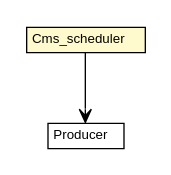
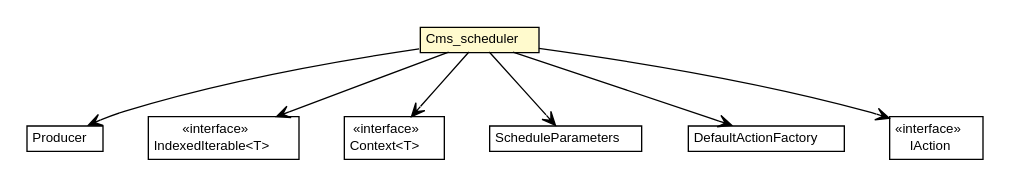
The diagram in docs/javadoc/cms/dynamics/Cms_scheduler.dot (gfgprojects/cms), drawn with Graphviz before and after one commit. The commit also changed 60 other files, not shown here.

```diff
--- a/docs/javadoc/cms/dynamics/Cms_scheduler.dot
+++ b/docs/javadoc/cms/dynamics/Cms_scheduler.dot
@@ -1,26 +1,69 @@
 #!/usr/local/bin/dot
 #
 # Class diagram 
 # Generated by UMLGraph version R5_7_2-32-g40b5a6 (http://www.spinellis.gr/umlgraph/)
 #
 
 digraph G {
 	edge [fontname="Helvetica",fontsize=10,labelfontname="Helvetica",labelfontsize=10];
 	node [fontname="Helvetica",fontsize=10,shape=plaintext];
 	nodesep=0.25;
 	ranksep=0.5;
 	// cms.agents.Producer
-	c105 [label=<<table title="cms.agents.Producer" border="0" cellborder="1" cellspacing="0" cellpadding="2" port="p" href="../agents/Producer.html" target="_parent">
+	c125 [label=<<table title="cms.agents.Producer" border="0" cellborder="1" cellspacing="0" cellpadding="2" port="p" href="../agents/Producer.html" target="_parent">
 		<tr><td><table border="0" cellspacing="0" cellpadding="1">
 <tr><td align="center" balign="center"> Producer </td></tr>
 		</table></td></tr>
 		</table>>, URL="../agents/Producer.html", fontname="Helvetica", fontcolor="black", fontsize=10.0];
 	// cms.dynamics.Cms_scheduler
-	c109 [label=<<table title="cms.dynamics.Cms_scheduler" border="0" cellborder="1" cellspacing="0" cellpadding="2" port="p" bgcolor="lemonChiffon" href="./Cms_scheduler.html" target="_parent">
+	c129 [label=<<table title="cms.dynamics.Cms_scheduler" border="0" cellborder="1" cellspacing="0" cellpadding="2" port="p" bgcolor="lemonChiffon" href="./Cms_scheduler.html" target="_parent">
 		<tr><td><table border="0" cellspacing="0" cellpadding="1">
 <tr><td align="center" balign="center"> Cms_scheduler </td></tr>
 		</table></td></tr>
 		</table>>, URL="./Cms_scheduler.html", fontname="Helvetica", fontcolor="black", fontsize=10.0];
+	// cms.dynamics.Cms_scheduler NAVASSOC repast.simphony.util.collections.IndexedIterable<T>
+	c129:p -> c136:p [taillabel="", label="", headlabel="", fontname="Helvetica", fontcolor="black", fontsize=10.0, color="black", arrowhead=open];
+	// cms.dynamics.Cms_scheduler NAVASSOC repast.simphony.context.Context<T>
+	c129:p -> c137:p [taillabel="", label="", headlabel="", fontname="Helvetica", fontcolor="black", fontsize=10.0, color="black", arrowhead=open];
+	// cms.dynamics.Cms_scheduler NAVASSOC repast.simphony.engine.schedule.ScheduleParameters
+	c129:p -> c140:p [taillabel="", label="", headlabel="", fontname="Helvetica", fontcolor="black", fontsize=10.0, color="black", arrowhead=open];
+	// cms.dynamics.Cms_scheduler NAVASSOC repast.simphony.engine.schedule.DefaultActionFactory
+	c129:p -> c142:p [taillabel="", label="", headlabel="", fontname="Helvetica", fontcolor="black", fontsize=10.0, color="black", arrowhead=open];
+	// cms.dynamics.Cms_scheduler NAVASSOC repast.simphony.engine.schedule.IAction
+	c129:p -> c143:p [taillabel="", label="", headlabel="", fontname="Helvetica", fontcolor="black", fontsize=10.0, color="black", arrowhead=open];
 	// cms.dynamics.Cms_scheduler NAVASSOC cms.agents.Producer
-	c109:p -> c105:p [taillabel="", label="", headlabel="", fontname="Helvetica", fontcolor="black", fontsize=10.0, color="black", arrowhead=open];
+	c129:p -> c125:p [taillabel="", label="", headlabel="", fontname="Helvetica", fontcolor="black", fontsize=10.0, color="black", arrowhead=open];
+	// repast.simphony.engine.schedule.ScheduleParameters
+	c140 [label=<<table title="repast.simphony.engine.schedule.ScheduleParameters" border="0" cellborder="1" cellspacing="0" cellpadding="2" port="p" href="http://docs.oracle.com/javase/7/docs/api/repast/simphony/engine/schedule/ScheduleParameters.html" target="_parent">
+		<tr><td><table border="0" cellspacing="0" cellpadding="1">
+<tr><td align="center" balign="center"> ScheduleParameters </td></tr>
+		</table></td></tr>
+		</table>>, URL="http://docs.oracle.com/javase/7/docs/api/repast/simphony/engine/schedule/ScheduleParameters.html", fontname="Helvetica", fontcolor="black", fontsize=10.0];
+	// repast.simphony.context.Context<T>
+	c137 [label=<<table title="repast.simphony.context.Context" border="0" cellborder="1" cellspacing="0" cellpadding="2" port="p" href="http://docs.oracle.com/javase/7/docs/api/repast/simphony/context/Context.html" target="_parent">
+		<tr><td><table border="0" cellspacing="0" cellpadding="1">
+<tr><td align="center" balign="center"> &#171;interface&#187; </td></tr>
+<tr><td align="center" balign="center"> Context&lt;T&gt; </td></tr>
+		</table></td></tr>
+		</table>>, URL="http://docs.oracle.com/javase/7/docs/api/repast/simphony/context/Context.html", fontname="Helvetica", fontcolor="black", fontsize=10.0];
+	// repast.simphony.engine.schedule.DefaultActionFactory
+	c142 [label=<<table title="repast.simphony.engine.schedule.DefaultActionFactory" border="0" cellborder="1" cellspacing="0" cellpadding="2" port="p" href="http://docs.oracle.com/javase/7/docs/api/repast/simphony/engine/schedule/DefaultActionFactory.html" target="_parent">
+		<tr><td><table border="0" cellspacing="0" cellpadding="1">
+<tr><td align="center" balign="center"> DefaultActionFactory </td></tr>
+		</table></td></tr>
+		</table>>, URL="http://docs.oracle.com/javase/7/docs/api/repast/simphony/engine/schedule/DefaultActionFactory.html", fontname="Helvetica", fontcolor="black", fontsize=10.0];
+	// repast.simphony.engine.schedule.IAction
+	c143 [label=<<table title="repast.simphony.engine.schedule.IAction" border="0" cellborder="1" cellspacing="0" cellpadding="2" port="p" href="http://docs.oracle.com/javase/7/docs/api/repast/simphony/engine/schedule/IAction.html" target="_parent">
+		<tr><td><table border="0" cellspacing="0" cellpadding="1">
+<tr><td align="center" balign="center"> &#171;interface&#187; </td></tr>
+<tr><td align="center" balign="center"> IAction </td></tr>
+		</table></td></tr>
+		</table>>, URL="http://docs.oracle.com/javase/7/docs/api/repast/simphony/engine/schedule/IAction.html", fontname="Helvetica", fontcolor="black", fontsize=10.0];
+	// repast.simphony.util.collections.IndexedIterable<T>
+	c136 [label=<<table title="repast.simphony.util.collections.IndexedIterable" border="0" cellborder="1" cellspacing="0" cellpadding="2" port="p" href="http://docs.oracle.com/javase/7/docs/api/repast/simphony/util/collections/IndexedIterable.html" target="_parent">
+		<tr><td><table border="0" cellspacing="0" cellpadding="1">
+<tr><td align="center" balign="center"> &#171;interface&#187; </td></tr>
+<tr><td align="center" balign="center"> IndexedIterable&lt;T&gt; </td></tr>
+		</table></td></tr>
+		</table>>, URL="http://docs.oracle.com/javase/7/docs/api/repast/simphony/util/collections/IndexedIterable.html", fontname="Helvetica", fontcolor="black", fontsize=10.0];
 }
```
